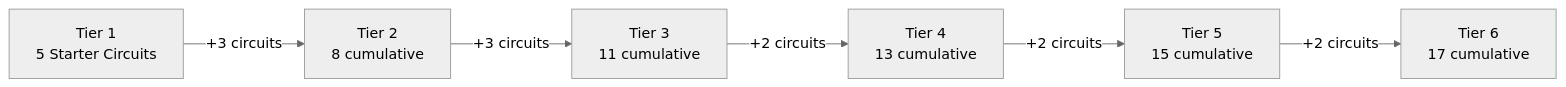
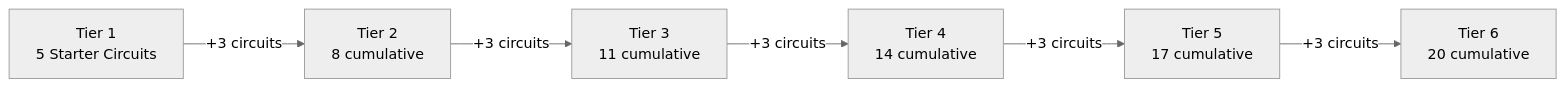
The second of 2 diagrams in specs/052_karting_6tier_career_progression_and_standalone_garden_gp.md (magomar/tdrace), drawn with Mermaid (neutral theme) before and after one commit. The commit also changed other lines of this file and 3 other files, not shown here.

````diff
--- a/specs/052_karting_6tier_career_progression_and_standalone_garden_gp.md
+++ b/specs/052_karting_6tier_career_progression_and_standalone_garden_gp.md
@@ -79,8 +81,8 @@
 ```mermaid
 flowchart LR
     T1["Tier 1\n5 Starter Circuits"] -->|+3 circuits| T2["Tier 2\n8 cumulative"]
     T2 -->|+3 circuits| T3["Tier 3\n11 cumulative"]
-    T3 -->|+2 circuits| T4["Tier 4\n13 cumulative"]
-    T4 -->|+2 circuits| T5["Tier 5\n15 cumulative"]
-    T5 -->|+2 circuits| T6["Tier 6\n17 cumulative"]
+    T3 -->|+3 circuits| T4["Tier 4\n14 cumulative"]
+    T4 -->|+3 circuits| T5["Tier 5\n17 cumulative"]
+    T5 -->|+3 circuits| T6["Tier 6\n20 cumulative"]
 ```
````
